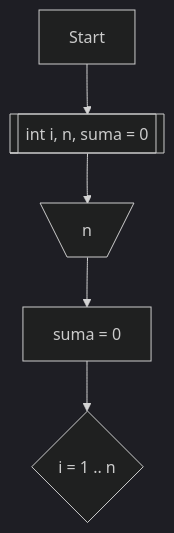
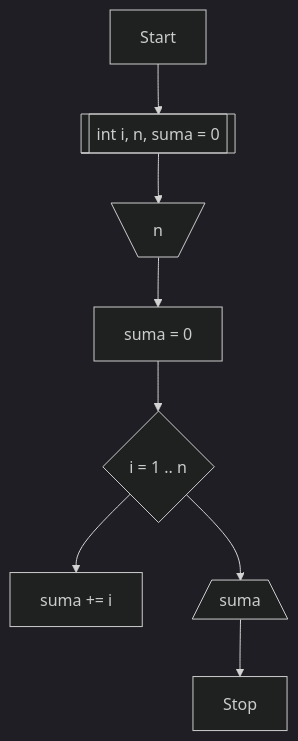
One commit to radlovacki/proba changed the diagram in zadatak.md. Above: the diagram before and after it, drawn with Mermaid (dark theme).

````diff
--- a/zadatak.md
+++ b/zadatak.md
@@ -25,7 +25,10 @@
 ```mermaid
 flowchart TD
     Start --> id1[[int i, n, suma = 0]]
     id1 --> id2[\n/]
     id2 --> id3[suma = 0]
     id3 --> id4{i = 1 .. n}
+    id4 --> id5[suma += i]
+    id4 --> id6[/suma\]
+    id6 --> id7[Stop]
 ```
````
